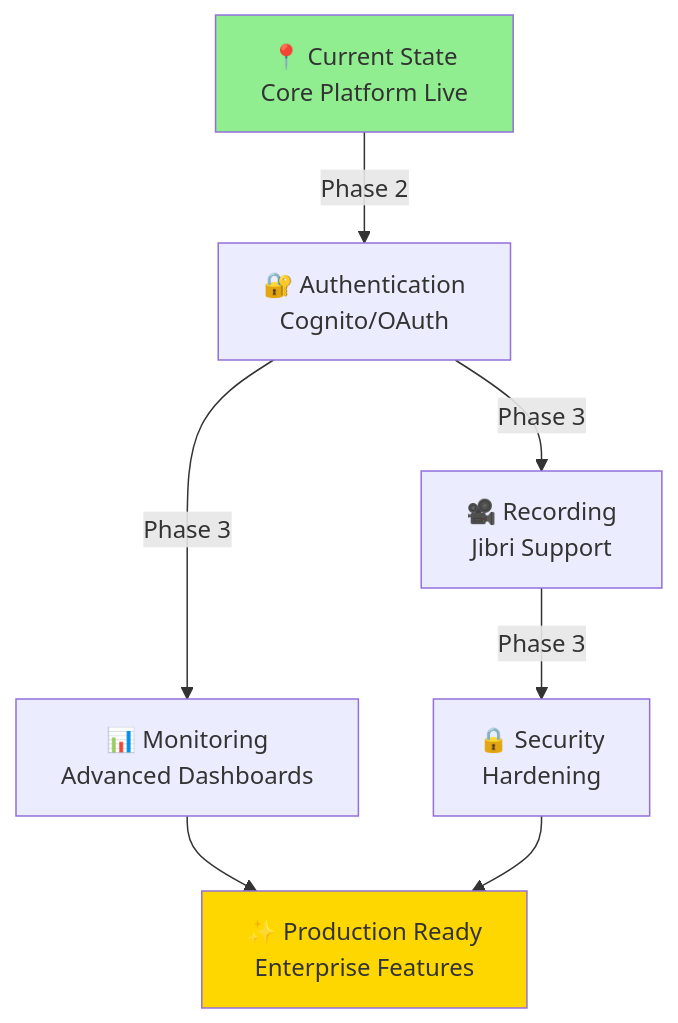
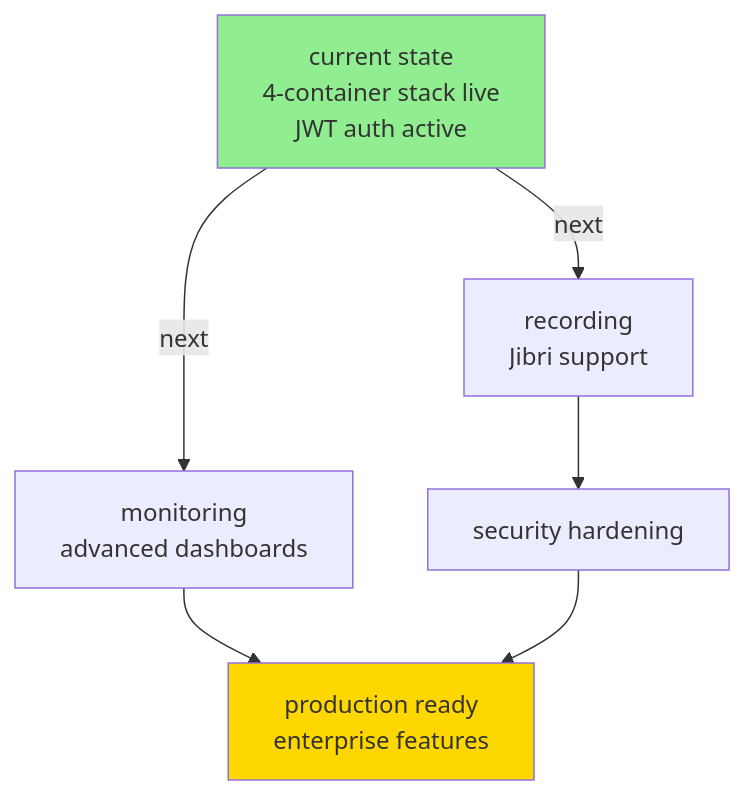
One commit to chasko-labs/jitsi-video-hosting changed the sixth of 6 diagrams in README.md. Above: the diagram before and after it, drawn with Mermaid. The commit also changed other lines of this file and 8 other files, not shown here.

First line of the commit message:
docs: reflect 4-container stack restore + JWT auth wiring (#29)

````diff
--- a/README.md
+++ b/README.md
@@ -540,12 +558,11 @@
 ```mermaid
 graph TD
-    A["📍 Current State<br/>Core Platform Live"] -->|Phase 2| B["🔐 Authentication<br/>Cognito/OAuth"]
-    B -->|Phase 3| C["🎥 Recording<br/>Jibri Support"]
-    B -->|Phase 3| D["📊 Monitoring<br/>Advanced Dashboards"]
-    C -->|Phase 3| E["🔒 Security<br/>Hardening"]
-    D --> F["✨ Production Ready<br/>Enterprise Features"]
+    A["current state<br/>4-container stack live<br/>JWT auth active"] -->|next| C["recording<br/>Jibri support"]
+    A -->|next| D["monitoring<br/>advanced dashboards"]
+    C --> E["security hardening"]
+    D --> F["production ready<br/>enterprise features"]
     E --> F
-    
+
     style A fill:#90EE90
     style F fill:#FFD700
 ```
````
